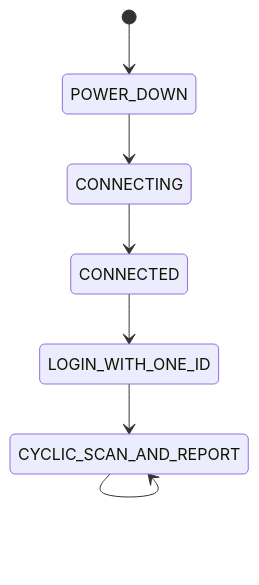
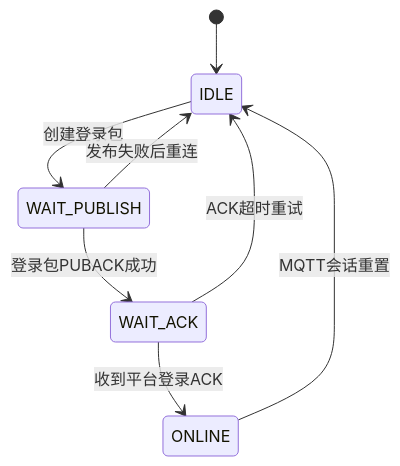
One commit to L12ichang/CAT1_Keil_Project changed the fifth of 14 diagrams in docs/CAT1状态机架构与系统调度梳理.md. Above: the diagram before and after it, drawn with Mermaid. The commit also changed other lines of this file, not shown here.

````diff
--- a/docs/CAT1状态机架构与系统调度梳理.md
+++ b/docs/CAT1状态机架构与系统调度梳理.md
@@ -202,9 +270,10 @@
 ```mermaid
 stateDiagram-v2
-[*] --> POWER_DOWN
-POWER_DOWN --> CONNECTING
-CONNECTING --> CONNECTED
-CONNECTED --> LOGIN_WITH_ONE_ID
-LOGIN_WITH_ONE_ID --> CYCLIC_SCAN_AND_REPORT
-CYCLIC_SCAN_AND_REPORT --> CYCLIC_SCAN_AND_REPORT
+    [*] --> IDLE
+    IDLE --> WAIT_PUBLISH: 创建登录包
+    WAIT_PUBLISH --> WAIT_ACK: 登录包PUBACK成功
+    WAIT_PUBLISH --> IDLE: 发布失败后重连
+    WAIT_ACK --> ONLINE: 收到平台登录ACK
+    WAIT_ACK --> IDLE: ACK超时重试
+    ONLINE --> IDLE: MQTT会话重置
 ```
````
